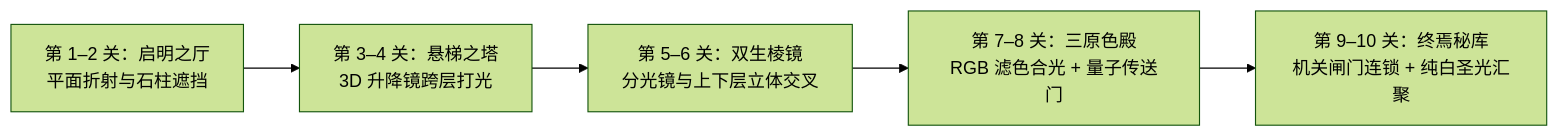
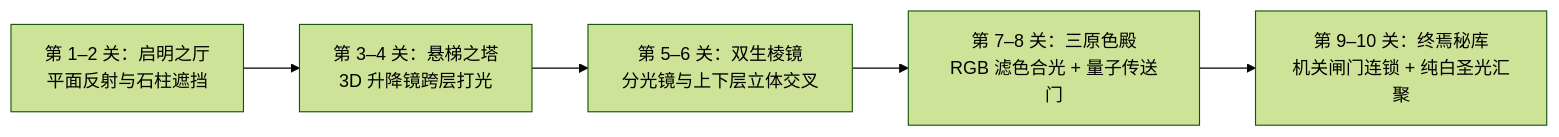
The diagram in docs/prism-vault-plan.md (Xiejiayun/3DGames), drawn with Mermaid (forest theme) before and after one commit. The commit also changed other lines of this file and 2 other files, not shown here.

````diff
--- a/docs/prism-vault-plan.md
+++ b/docs/prism-vault-plan.md
@@ -89,7 +93,7 @@
 ```mermaid
 flowchart LR
-    C1["第 1–2 关：启明之厅<br/>平面折射与石柱遮挡"] --> C2["第 3–4 关：悬梯之塔<br/>3D 升降镜跨层打光"]
+    C1["第 1–2 关：启明之厅<br/>平面反射与石柱遮挡"] --> C2["第 3–4 关：悬梯之塔<br/>3D 升降镜跨层打光"]
     C2 --> C3["第 5–6 关：双生棱镜<br/>分光镜与上下层立体交叉"]
     C3 --> C4["第 7–8 关：三原色殿<br/>RGB 滤色合光 + 量子传送门"]
     C4 --> C5["第 9–10 关：终焉秘库<br/>机关闸门连锁 + 纯白圣光汇聚"]
 ```
````
